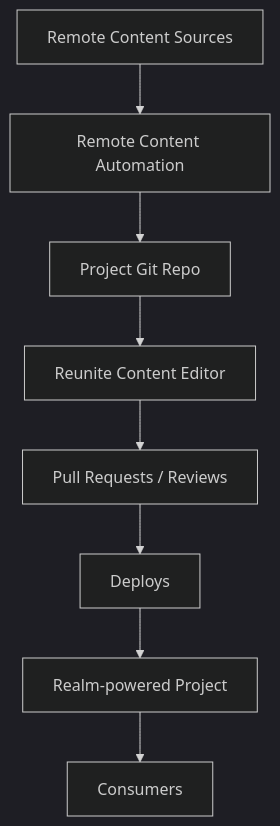
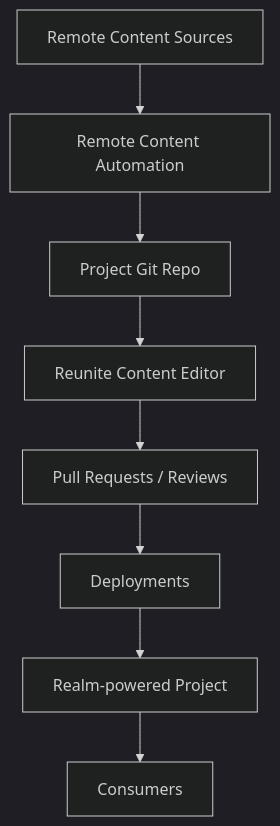
The second of 2 diagrams in docs/realm/index.md (Redocly/website), drawn with Mermaid (dark theme) before and after one commit. The commit also changed other lines of this file and 31 other files, not shown here.

````diff
--- a/docs/realm/index.md
+++ b/docs/realm/index.md
@@ -28,10 +28,10 @@
 ```mermaid
 flowchart TD
     remote["Remote Content Sources"] --> remote_automation["Remote Content Automation"]
     remote_automation --> git["Project Git Repo"]
     git --> editor["Reunite Content Editor"]
     editor --> reviews["Pull Requests / Reviews"]
-    reviews --> deploys["Deploys"]
-    deploys --> project["Realm-powered Project"]
+    reviews --> deployments["Deployments"]
+    deployments --> project["Realm-powered Project"]
     project --> consumer["Consumers"]
 ```
````
